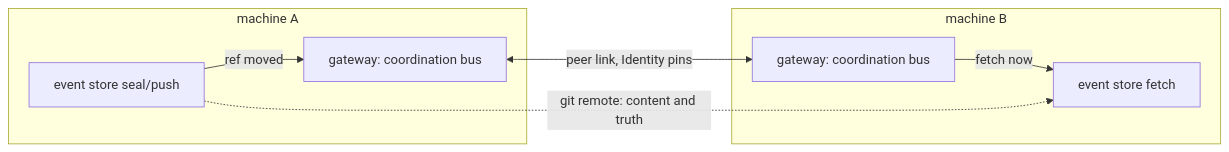
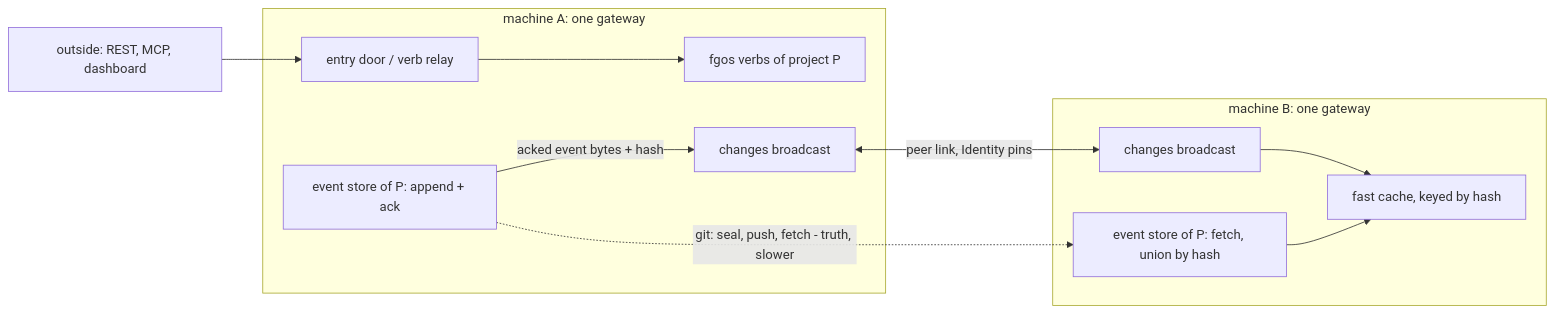
The diagram in plans/discussions/ds-64l3h22msc-gateway-cluster/DISCUSSION.md (vantt/forgent), drawn with Mermaid before and after one commit. The commit also changed other lines of this file, not shown here.

Commit message:
discussion(gateway-cluster): owner restates the gateway as entry door, verb relay and changes broadcast, one per machine

````diff
--- a/plans/discussions/ds-64l3h22msc-gateway-cluster/DISCUSSION.md
+++ b/plans/discussions/ds-64l3h22msc-gateway-cluster/DISCUSSION.md
@@ -87,11 +108,14 @@
 ```mermaid
 flowchart LR
-  subgraph M1[machine A]
-    ES1[event store seal/push] -->|ref moved| G1[gateway: coordination bus]
+  X[outside: REST, MCP, dashboard] --> D1
+  subgraph M1[machine A: one gateway]
+    D1[entry door / verb relay] --> V1[fgos verbs of project P]
+    ES1[event store of P: append + ack] -->|acked event bytes + hash| B1[changes broadcast]
   end
-  subgraph M2[machine B]
-    G2[gateway: coordination bus] -->|fetch now| ES2[event store fetch]
+  subgraph M2[machine B: one gateway]
+    B2[changes broadcast] --> C2[fast cache, keyed by hash]
+    ES2[event store of P: fetch, union by hash] --> C2
   end
-  G1 <-->|peer link, Identity pins| G2
-  ES1 -. git remote: content and truth .-> ES2
+  B1 <-->|peer link, Identity pins| B2
+  ES1 -. git: seal, push, fetch - truth, slower .-> ES2
 ```
````
